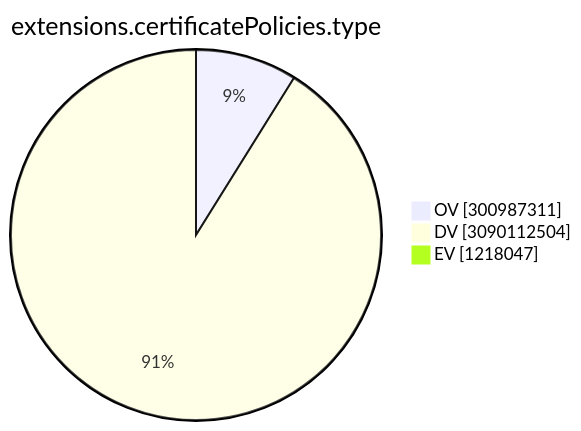
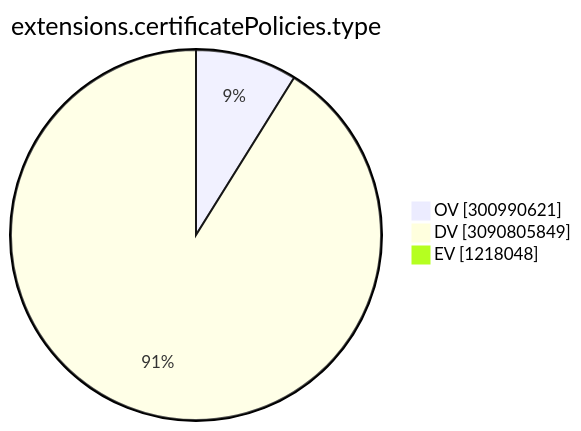
One commit to christiankrug/ctmonitor_visualization changed the ninth of 15 diagrams in TOTAL/README.md. Above: the diagram before and after it, drawn with Mermaid. The commit also changed other lines of this file, not shown here.

````diff
--- a/TOTAL/README.md
+++ b/TOTAL/README.md
@@ -3103,7 +3103,7 @@
 ```mermaid
 pie showData
 title extensions.certificatePolicies.type
-"OV" :300987311
-"DV" :3090112504
-"EV" :1218047
+"OV" :300990621
+"DV" :3090805849
+"EV" :1218048
 ```
````
